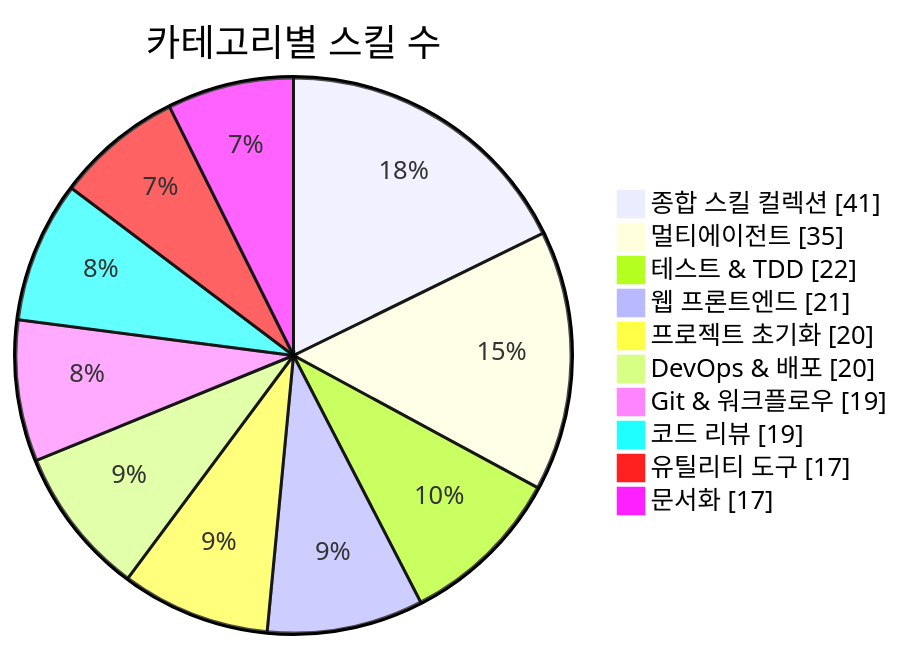
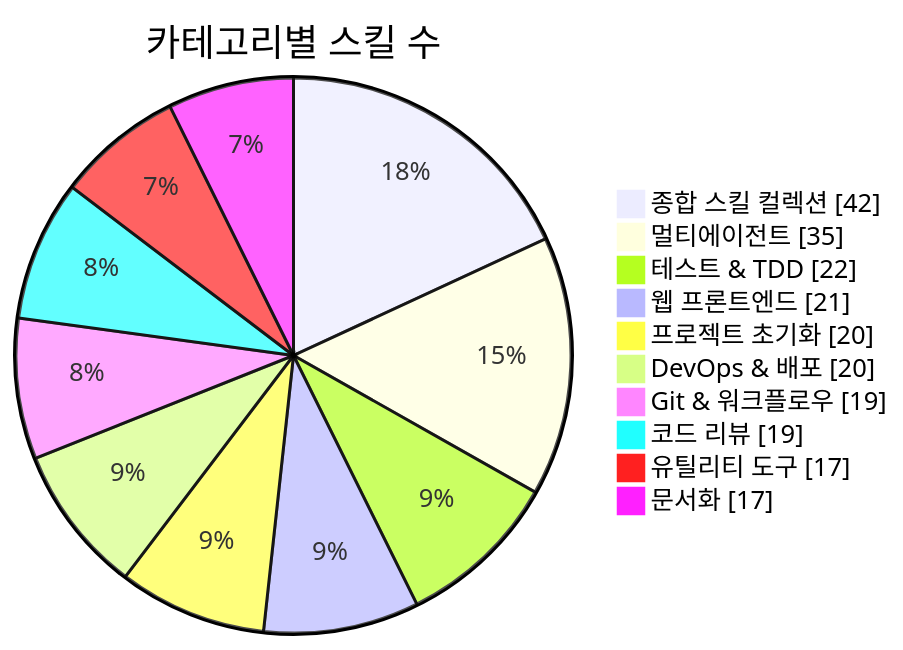
The first of 3 diagrams in README.md (J-nowcow/awesome-korean-agent-skills), drawn with Mermaid before and after one commit. The commit also changed other lines of this file and 3 other files, not shown here.

````diff
--- a/README.md
+++ b/README.md
@@ -176,14 +176,14 @@
 ```mermaid
 pie showData
     title 카테고리별 스킬 수
-    "종합 스킬 컬렉션" : 41
+    "종합 스킬 컬렉션" : 42
     "멀티에이전트" : 35
     "테스트 & TDD" : 22
     "웹 프론트엔드" : 21
     "프로젝트 초기화" : 20
     "DevOps & 배포" : 20
     "Git & 워크플로우" : 19
     "코드 리뷰" : 19
     "유틸리티 도구" : 17
     "문서화" : 17
 ```
````
